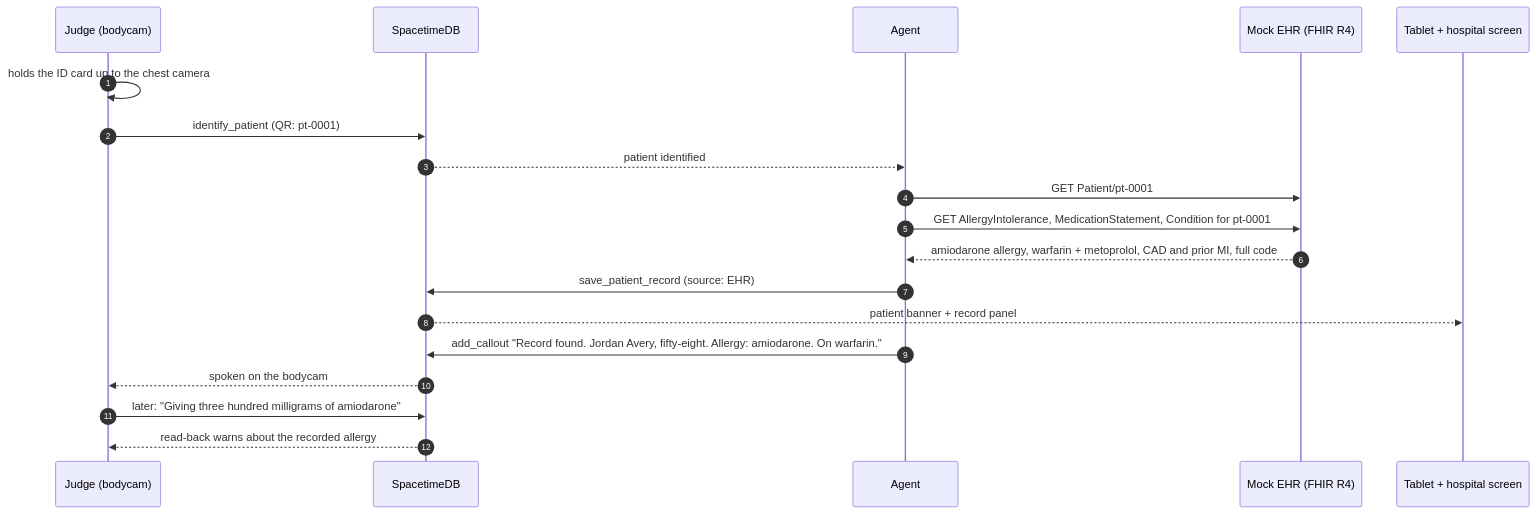
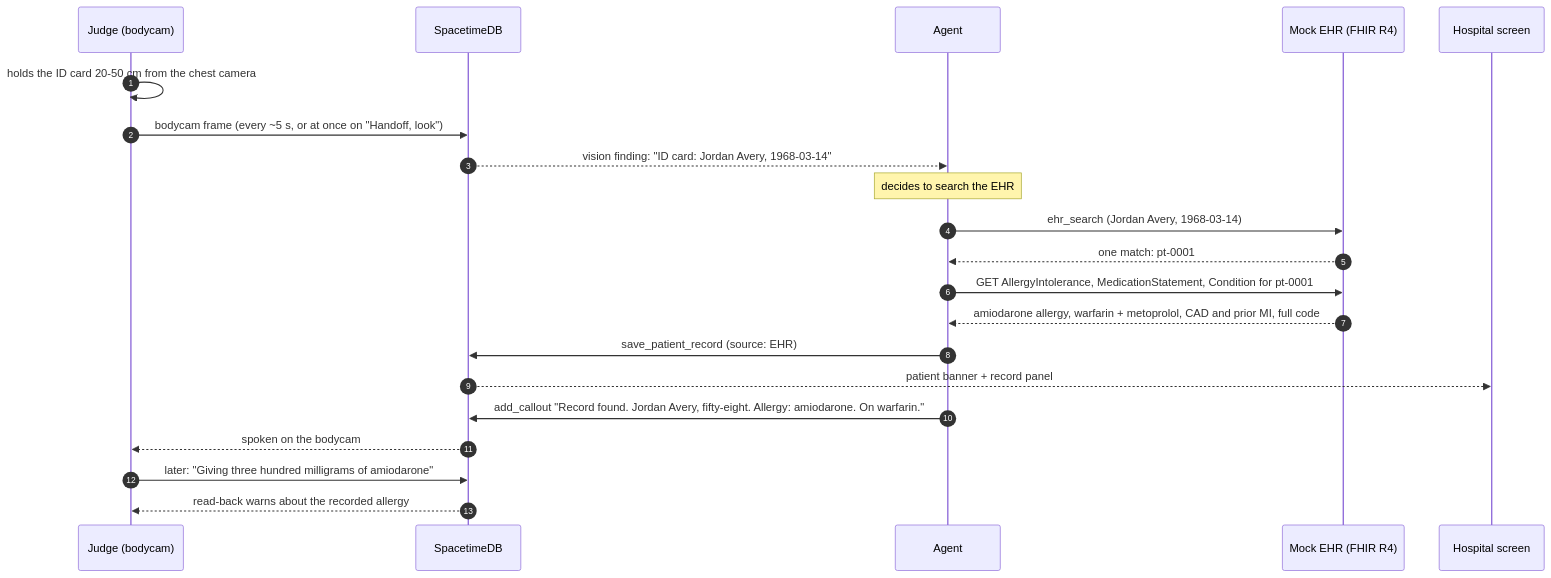
One commit to rishi-golla/hackutd26 changed the fourth of 9 diagrams in docs/context/Handoff Product Spec (Copy).md. Above: the diagram before and after it, drawn with Mermaid. The commit also changed other lines of this file and 2 other files, not shown here.

````diff
--- a/docs/context/Handoff Product Spec (Copy).md
+++ b/docs/context/Handoff Product Spec (Copy).md
@@ -887,21 +859,23 @@
 ```mermaid
 sequenceDiagram
   autonumber
   participant J as Judge (bodycam)
   participant S as SpacetimeDB
   participant A as Agent
   participant X as Mock EHR (FHIR R4)
-  participant H as Tablet + hospital screen
-  J->>J: holds the ID card up to the chest camera
-  J->>S: identify_patient (QR: pt-0001)
-  S-->>A: patient identified
-  A->>X: GET Patient/pt-0001
+  participant H as Hospital screen
+  J->>J: holds the ID card 20-50 cm from the chest camera
+  J->>S: bodycam frame (every ~5 s, or at once on "Handoff, look")
+  S-->>A: vision finding: "ID card: Jordan Avery, 1968-03-14"
+  Note over A: decides to search the EHR
+  A->>X: ehr_search (Jordan Avery, 1968-03-14)
+  X-->>A: one match: pt-0001
   A->>X: GET AllergyIntolerance, MedicationStatement, Condition for pt-0001
   X-->>A: amiodarone allergy, warfarin + metoprolol, CAD and prior MI, full code
   A->>S: save_patient_record (source: EHR)
   S-->>H: patient banner + record panel
   A->>S: add_callout "Record found. Jordan Avery, fifty-eight. Allergy: amiodarone. On warfarin."
   S-->>J: spoken on the bodycam
   J->>S: later: "Giving three hundred milligrams of amiodarone"
   S-->>J: read-back warns about the recorded allergy
 ```
````
